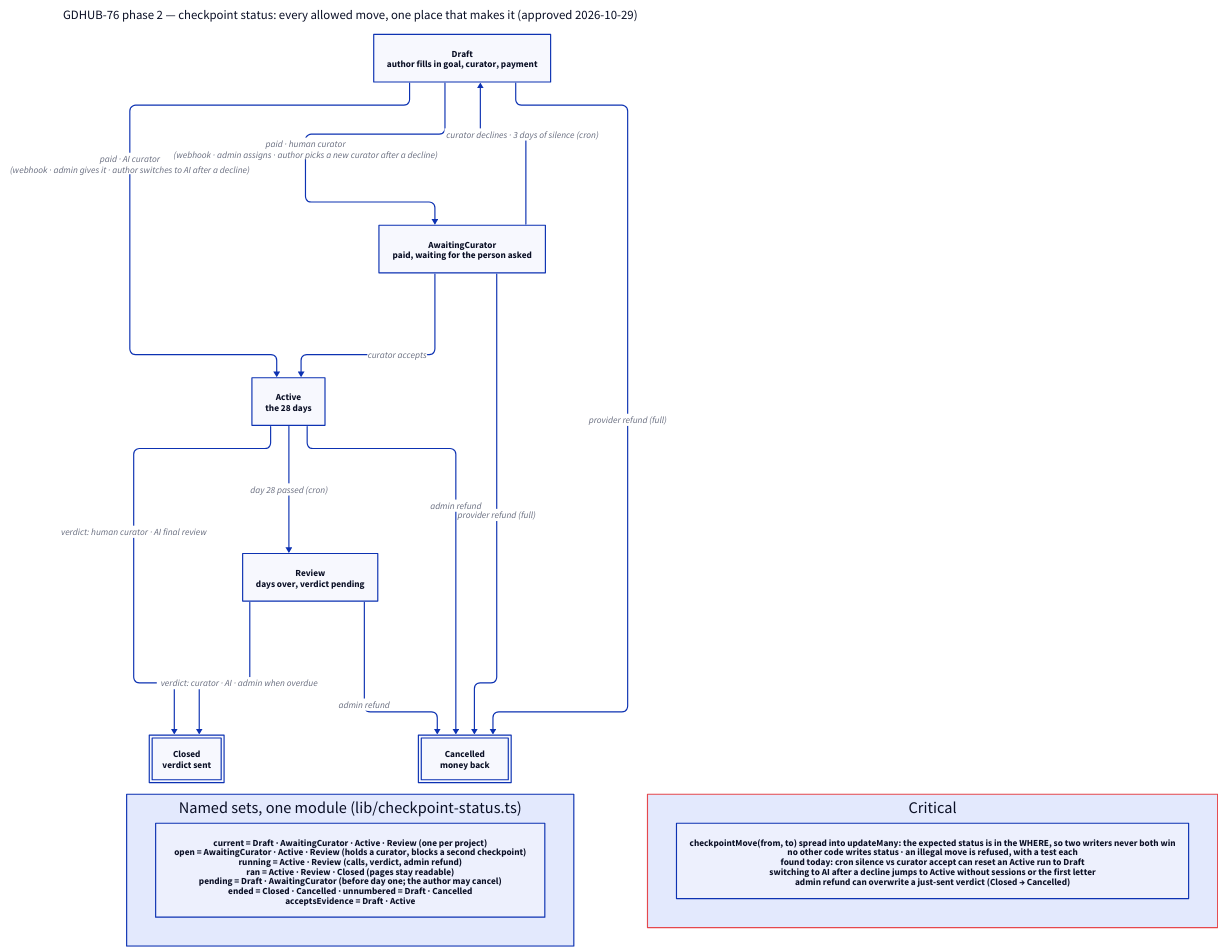
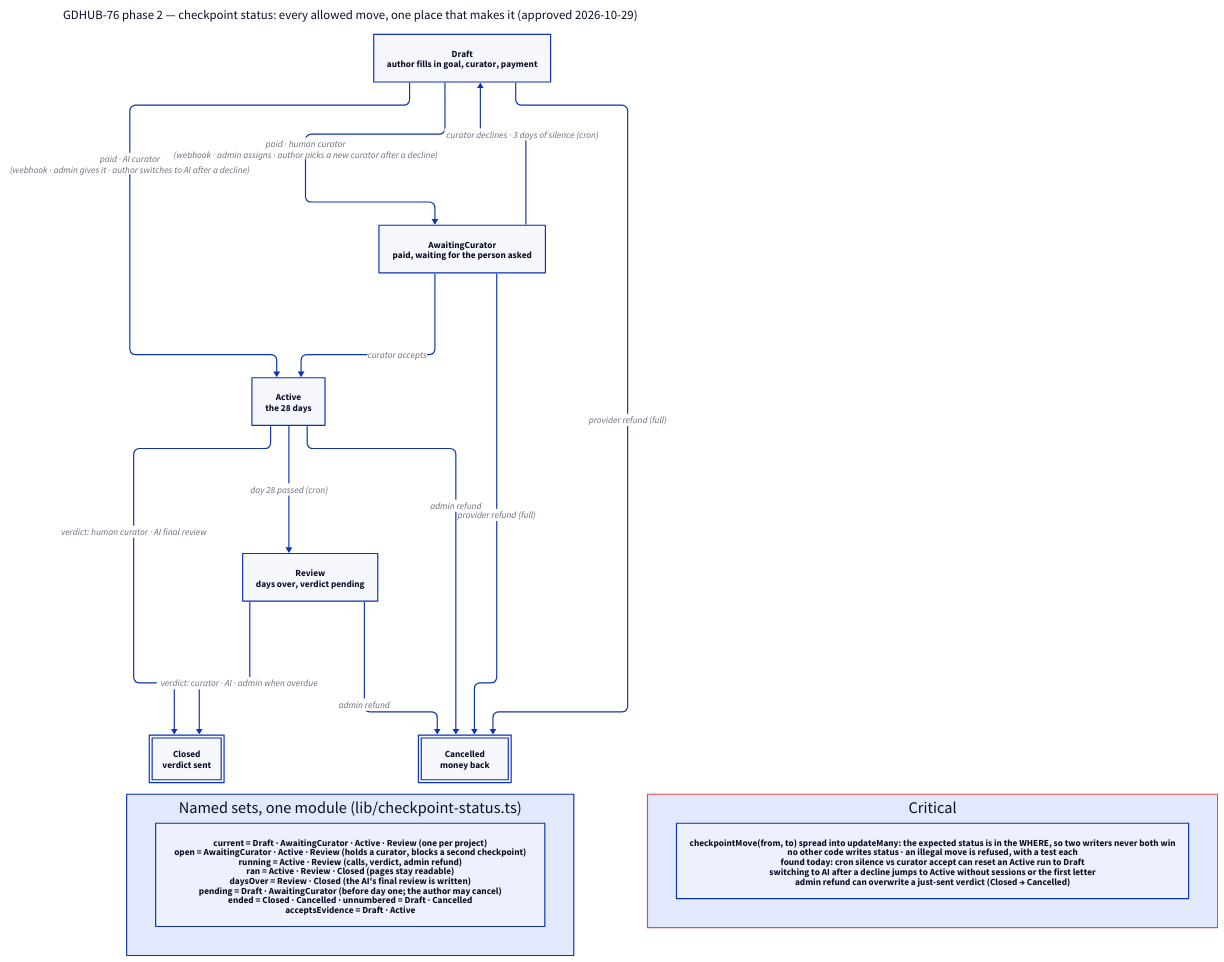
Before and after one commit to gdhub-io/gdhub: the diagram in docs/checkpoints-status-flow.d2, drawn with D2. The commit also changed 5 other files, not shown here.

```diff
--- a/docs/checkpoints-status-flow.d2
+++ b/docs/checkpoints-status-flow.d2
@@ -1,43 +1,43 @@
 vars: {
   d2-config: {
     layout-engine: elk
   }
 }
 
 direction: down
 
 title: "GDHUB-76 phase 2 — checkpoint status: every allowed move, one place that makes it (approved 2026-10-29)" {
   shape: text
   near: top-center
   style.font-size: 22
 }
 
 Draft: "Draft\nauthor fills in goal, curator, payment"
 AwaitingCurator: "AwaitingCurator\npaid, waiting for the person asked"
 Active: "Active\nthe 28 days"
 Review: "Review\ndays over, verdict pending"
 Closed: "Closed\nverdict sent" {style.double-border: true}
 Cancelled: "Cancelled\nmoney back" {style.double-border: true}
 
 Draft -> AwaitingCurator: "paid · human curator\n(webhook · admin assigns · author picks a new curator after a decline)"
 Draft -> Active: "paid · AI curator\n(webhook · admin gives it · author switches to AI after a decline)"
 AwaitingCurator -> Active: "curator accepts"
 AwaitingCurator -> Draft: "curator declines · 3 days of silence (cron)"
 Active -> Review: "day 28 passed (cron)"
 Active -> Closed: "verdict: human curator · AI final review"
 Review -> Closed: "verdict: curator · AI · admin when overdue"
 Draft -> Cancelled: "provider refund (full)"
 AwaitingCurator -> Cancelled: "provider refund (full)"
 Active -> Cancelled: "admin refund"
 Review -> Cancelled: "admin refund"
 
 sets: "Named sets, one module (lib/checkpoint-status.ts)" {
   near: bottom-center
-  s: "current = Draft · AwaitingCurator · Active · Review   (one per project)\nopen = AwaitingCurator · Active · Review   (holds a curator, blocks a second checkpoint)\nrunning = Active · Review   (calls, verdict, admin refund)\nran = Active · Review · Closed   (pages stay readable)\npending = Draft · AwaitingCurator   (before day one; the author may cancel)\nended = Closed · Cancelled · unnumbered = Draft · Cancelled\nacceptsEvidence = Draft · Active"
+  s: "current = Draft · AwaitingCurator · Active · Review   (one per project)\nopen = AwaitingCurator · Active · Review   (holds a curator, blocks a second checkpoint)\nrunning = Active · Review   (calls, verdict, admin refund)\nran = Active · Review · Closed   (pages stay readable)\ndaysOver = Review · Closed   (the AI's final review is written)\npending = Draft · AwaitingCurator   (before day one; the author may cancel)\nended = Closed · Cancelled · unnumbered = Draft · Cancelled\nacceptsEvidence = Draft · Active"
 }
 
 critical: "Critical" {
   near: bottom-right
   style.stroke: "#e5484d"
   c: "checkpointMove(from, to) spread into updateMany: the expected status is in the WHERE, so two writers never both win\nno other code writes status · an illegal move is refused, with a test each\nfound today: cron silence vs curator accept can reset an Active run to Draft\nswitching to AI after a decline jumps to Active without sessions or the first letter\nadmin refund can overwrite a just-sent verdict (Closed → Cancelled)"
 }
```
